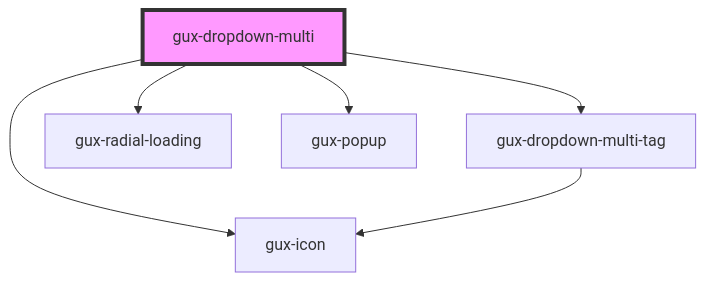
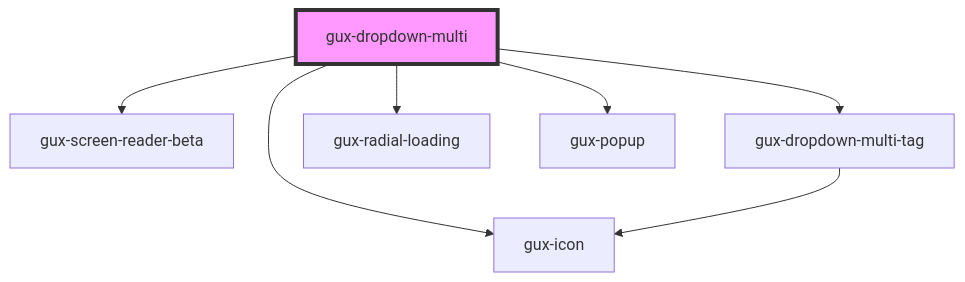
One commit to MyPureCloud/genesys-spark changed the diagram in packages/genesys-spark-components/src/components/stable/gux-dropdown-multi/readme.md. Above: the diagram before and after it, drawn with Mermaid. The commit also changed other lines of this file and 6 other files, not shown here.

First line of the commit message:
fix(dropdown-multi): fix nvda issue on intiial disabled state

````diff
--- a/packages/genesys-spark-components/src/components/stable/gux-dropdown-multi/readme.md
+++ b/packages/genesys-spark-components/src/components/stable/gux-dropdown-multi/readme.md
@@ -60,9 +61,10 @@
 ```mermaid
 graph TD;
+  gux-dropdown-multi --> gux-screen-reader-beta
   gux-dropdown-multi --> gux-dropdown-multi-tag
   gux-dropdown-multi --> gux-icon
   gux-dropdown-multi --> gux-radial-loading
   gux-dropdown-multi --> gux-popup
   gux-dropdown-multi-tag --> gux-icon
   style gux-dropdown-multi fill:#f9f,stroke:#333,stroke-width:4px
 ```
````
